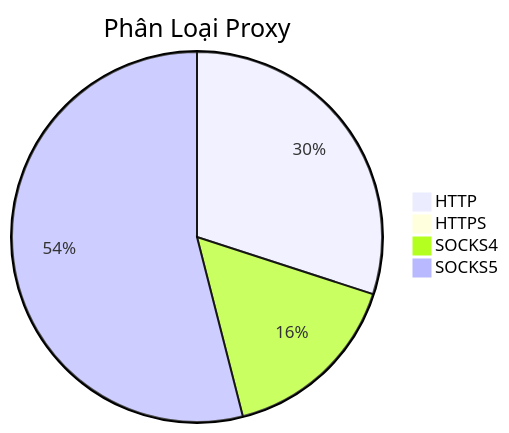
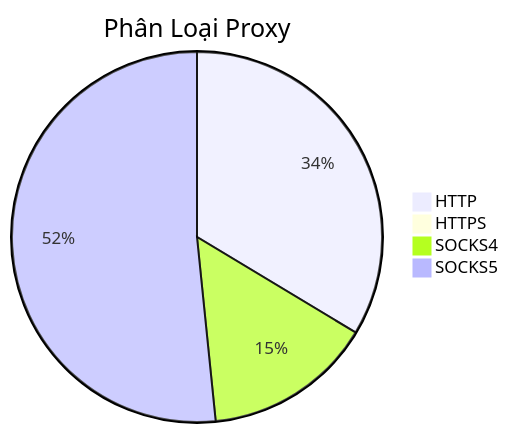
Before and after one commit to Ciara-Aa/PROXY-free: the diagram in README.md, drawn with Mermaid. The commit also changed other lines of this file and 4 other files, not shown here.

````diff
--- a/README.md
+++ b/README.md
@@ -26,7 +26,7 @@
 ```mermaid
 pie title Phân Loại Proxy
-    "HTTP" : 354
+    "HTTP" : 344
     "HTTPS" : 2
-    "SOCKS4" : 189
-    "SOCKS5" : 637
+    "SOCKS4" : 151
+    "SOCKS5" : 528
 ```
````
